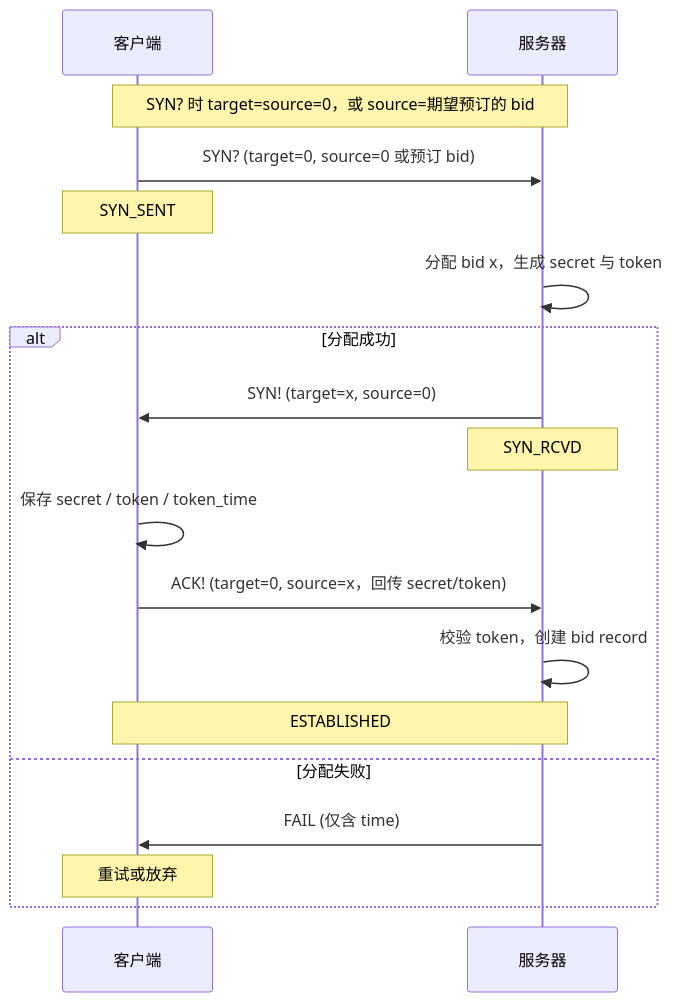
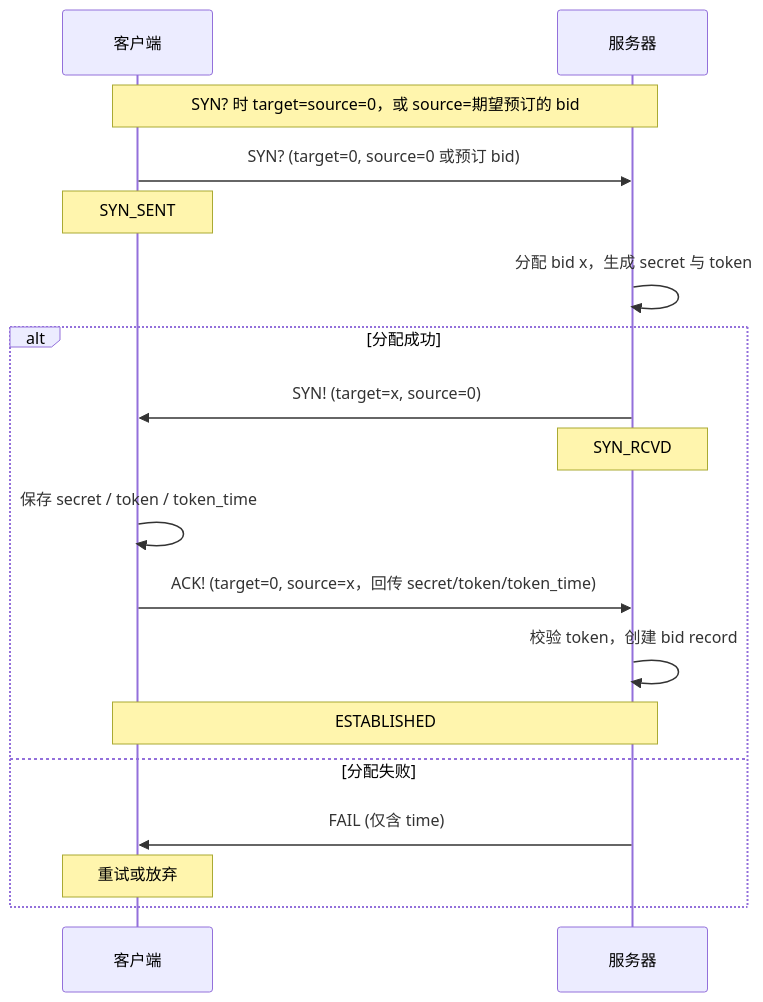
The first of 4 diagrams in docs/workflow.md (moky/magpie), drawn with Mermaid before and after one commit. The commit also changed 9 other files, not shown here.

````diff
--- a/docs/workflow.md
+++ b/docs/workflow.md
@@ -33,20 +33,20 @@
 ```mermaid
 sequenceDiagram
     participant C as 客户端
     participant S as 服务器
     Note over C,S: SYN? 时 target=source=0，或 source=期望预订的 bid
     C->>S: SYN? (target=0, source=0 或预订 bid)
     Note over C: SYN_SENT
     S->>S: 分配 bid x，生成 secret 与 token
     alt 分配成功
         S->>C: SYN! (target=x, source=0)
         Note over S: SYN_RCVD
         C->>C: 保存 secret / token / token_time
-        C->>S: ACK! (target=0, source=x，回传 secret/token)
+        C->>S: ACK! (target=0, source=x，回传 secret/token/token_time)
         S->>S: 校验 token，创建 bid record
         Note over C,S: ESTABLISHED
     else 分配失败
         S->>C: FAIL (仅含 time)
         Note over C: 重试或放弃
     end
 ```
````
